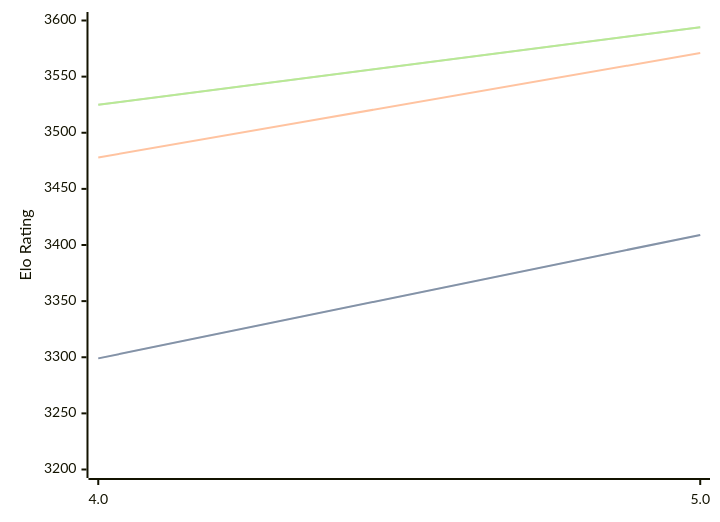
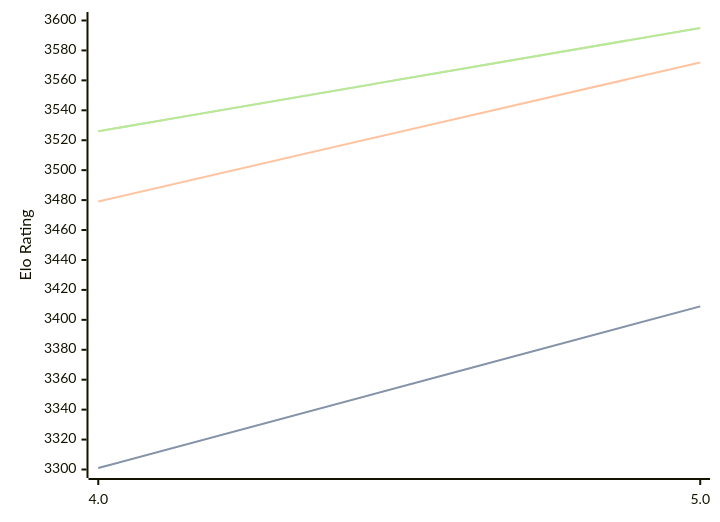
One commit to computer-chess-index/cci changed the diagram in engines/Tarnished.md. Above: the diagram before and after it, drawn with Mermaid. The commit also changed other lines of this file, not shown here.

Commit message:
Update CCI Ratings (ELO VLTC) - 2026-05-06

````diff
--- a/engines/Tarnished.md
+++ b/engines/Tarnished.md
@@ -36,11 +36,11 @@
 ```mermaid
 %%{init: {"theme":"base","themeVariables":{"seriesColors:['#a3a3a3','#222221','#faa371']}}}%%
 xychart-beta
   x-axis ["4.0", "5.0"]
-  y-axis "Elo Rating" 3200 --> 3600
-  line "STC (8.0+0.08s)" [3299, 3409]
-  line "STC (8.0+0.08s)" [3299, 3409]
-  line "LTC (60.0+0.60s)" [3478, 3571]
-  line "VLTC (2m24s+1.12s)" [3525, 3594]
-  line "VLTC (2m24s+1.12s)" [3525, 3594]
+  y-axis "Elo Rating" 3300 --> 3600
+  line "STC (8.0+0.08s)" [3301, 3409]
+  line "STC (8.0+0.08s)" [3301, 3409]
+  line "LTC (60.0+0.60s)" [3479, 3572]
+  line "VLTC (2m24s+1.12s)" [3526, 3595]
+  line "VLTC (2m24s+1.12s)" [3526, 3595]
 ```
````
